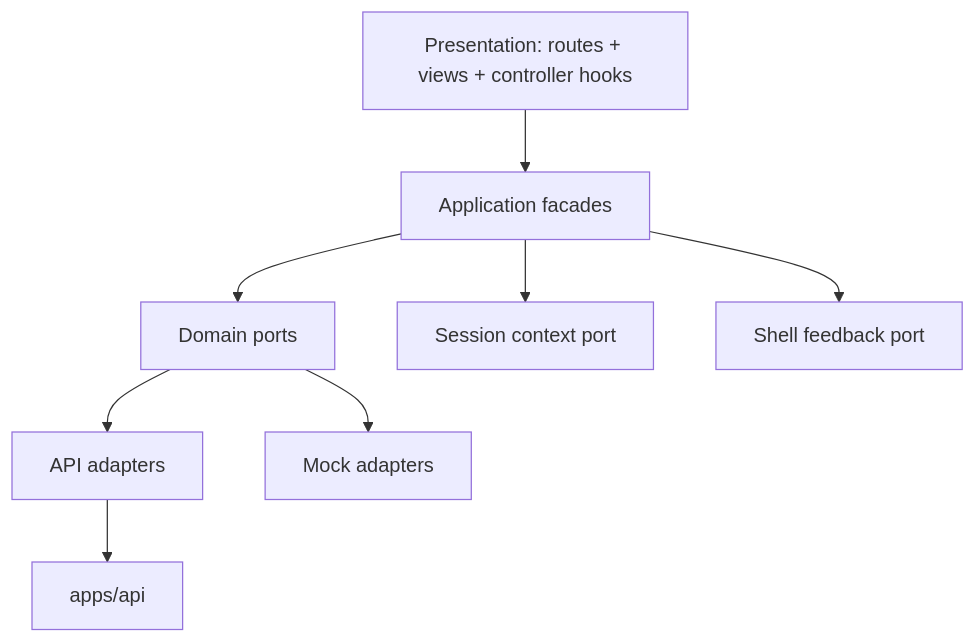
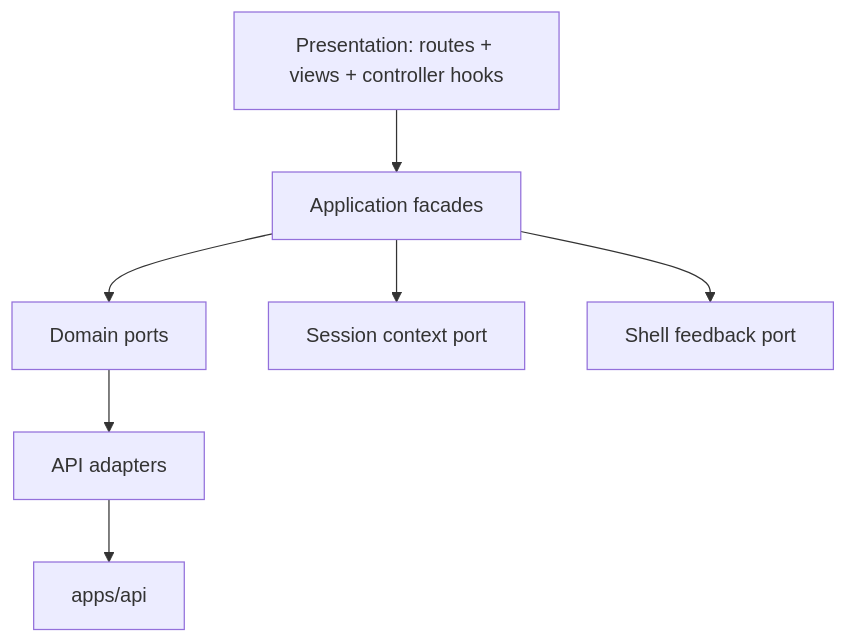
One commit to dunay2/dvt changed the third of 6 diagrams in docs/architecture/components/web/frontend-data-boundary-architecture.md. Above: the diagram before and after it, drawn with Mermaid. The commit also changed other lines of this file and 10 other files, not shown here.

````diff
--- a/docs/architecture/components/web/frontend-data-boundary-architecture.md
+++ b/docs/architecture/components/web/frontend-data-boundary-architecture.md
@@ -70,10 +70,9 @@
 ```mermaid
 flowchart TB
   Presentation["Presentation: routes + views + controller hooks"] --> Application["Application facades"]
   Application --> Ports["Domain ports"]
   Ports --> ApiAdapters["API adapters"]
-  Ports --> MockAdapters["Mock adapters"]
   ApiAdapters --> Api["apps/api"]
   Application --> Session["Session context port"]
   Application --> Shell["Shell feedback port"]
 ```
````
